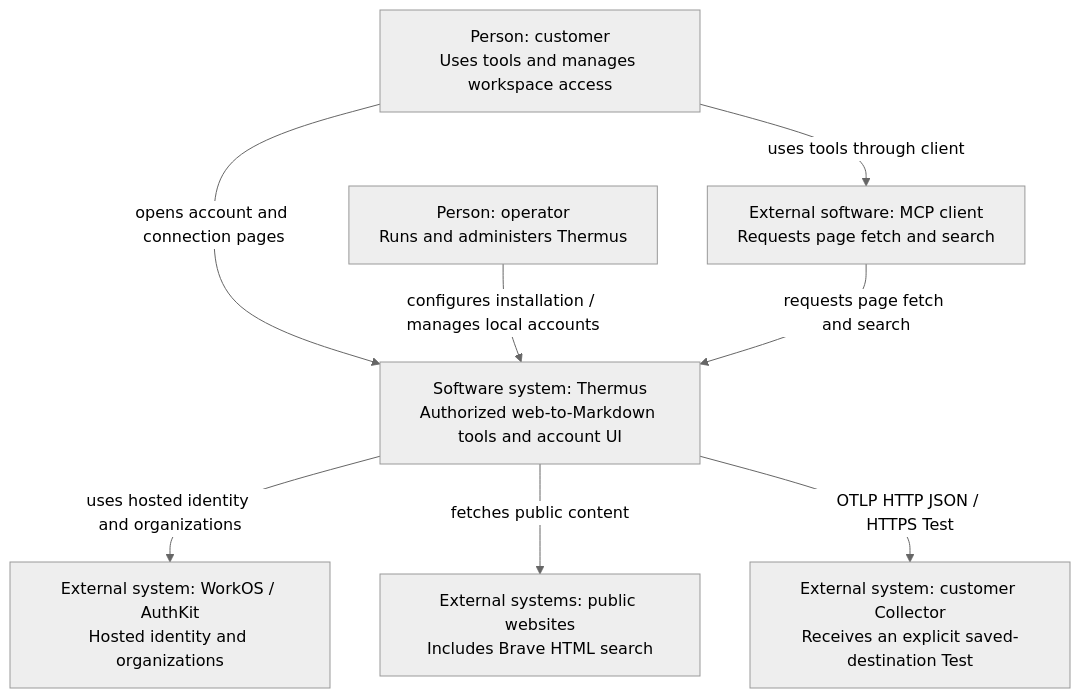
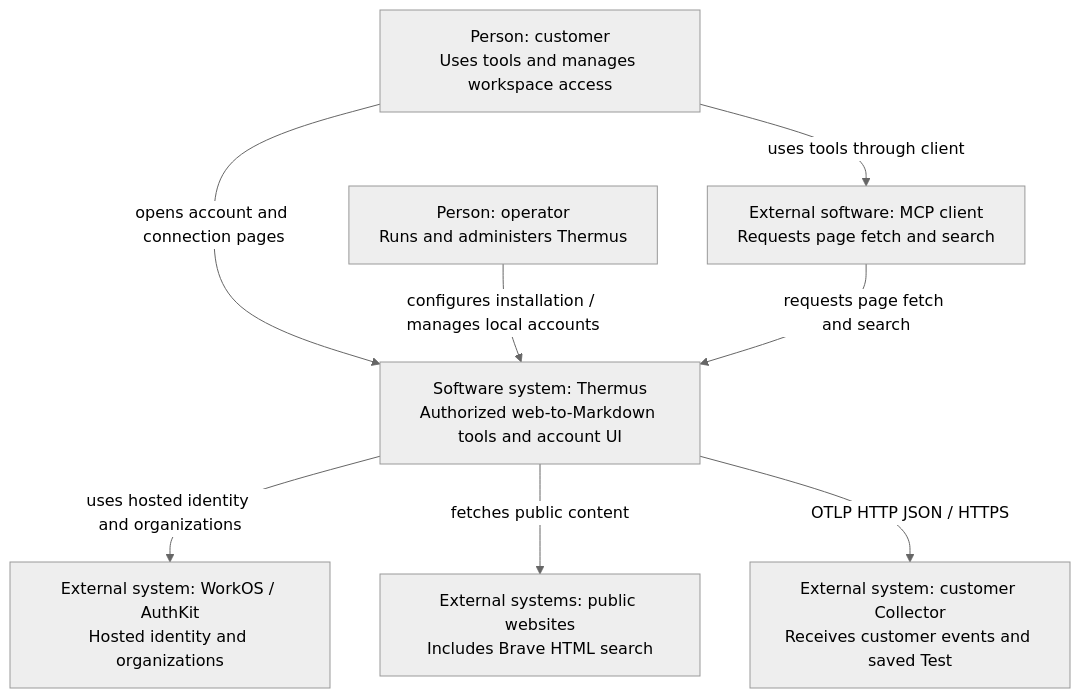
One commit to tomer-mayara/Thermus changed the first of 13 diagrams in architecture/components.md. Above: the diagram before and after it, drawn with Mermaid (neutral theme). The commit also changed other lines of this file and 13 other files, not shown here.

````diff
--- a/architecture/components.md
+++ b/architecture/components.md
@@ -30,18 +30,18 @@
 ```mermaid
 %%{init: {"flowchart": {"wrappingWidth": 260}}}%%
 flowchart TB
   context_customer["Person: customer<br/>Uses tools and manages workspace access"]
   context_operator["Person: operator<br/>Runs and administers Thermus"]
   context_client["External software: MCP client<br/>Requests page fetch and search"]
   context_thermus["Software system: Thermus<br/>Authorized web-to-Markdown tools and account UI"]
   context_workos["External system: WorkOS / AuthKit<br/>Hosted identity and organizations"]
   context_public["External systems: public websites<br/>Includes Brave HTML search"]
-  context_collector["External system: customer Collector<br/>Receives an explicit saved-destination Test"]
+  context_collector["External system: customer Collector<br/>Receives customer events and saved Test"]
   context_customer -->|uses tools through client| context_client
   context_customer -->|opens account and connection pages| context_thermus
   context_operator -->|configures installation / manages local accounts| context_thermus
   context_client -->|requests page fetch and search| context_thermus
   context_thermus -->|uses hosted identity and organizations| context_workos
   context_thermus -->|fetches public content| context_public
-  context_thermus -->|OTLP HTTP JSON / HTTPS Test| context_collector
+  context_thermus -->|OTLP HTTP JSON / HTTPS| context_collector
 ```
````
